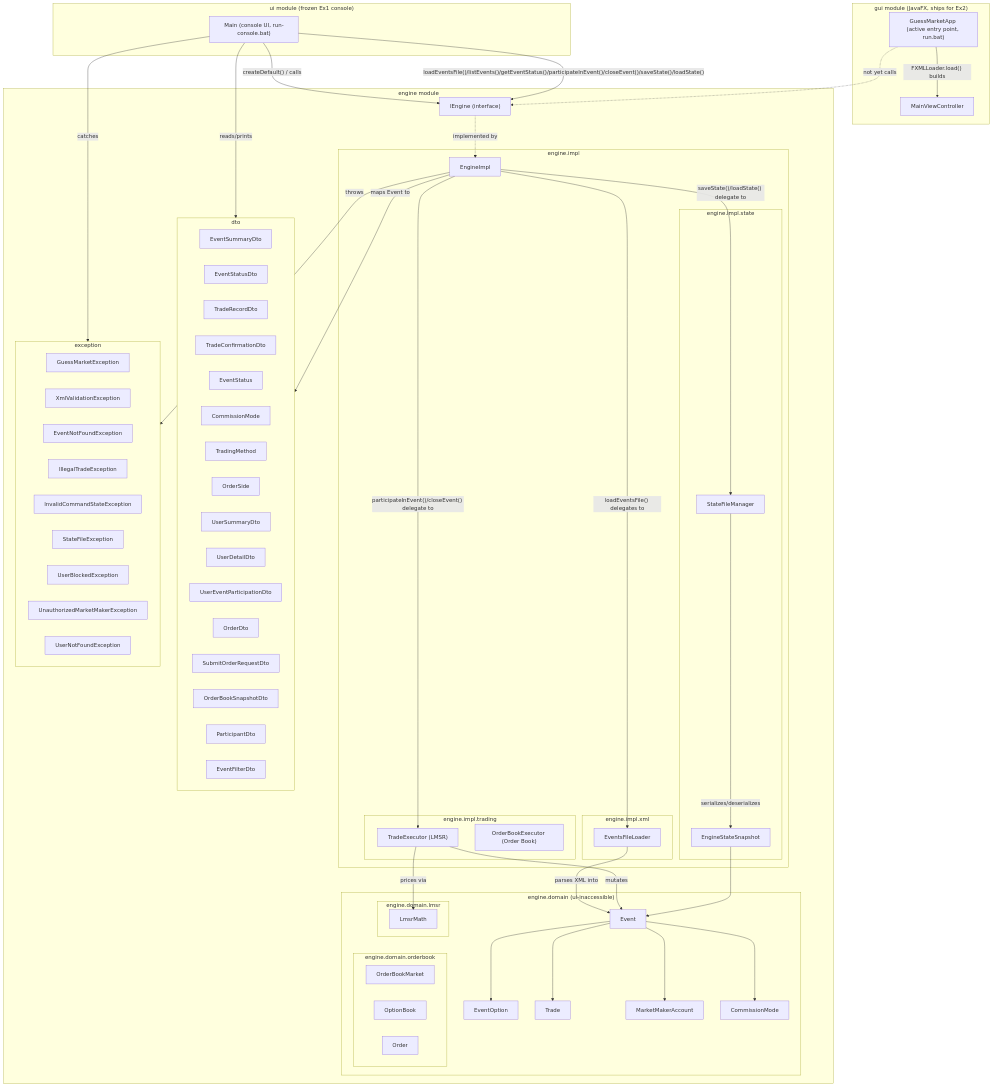
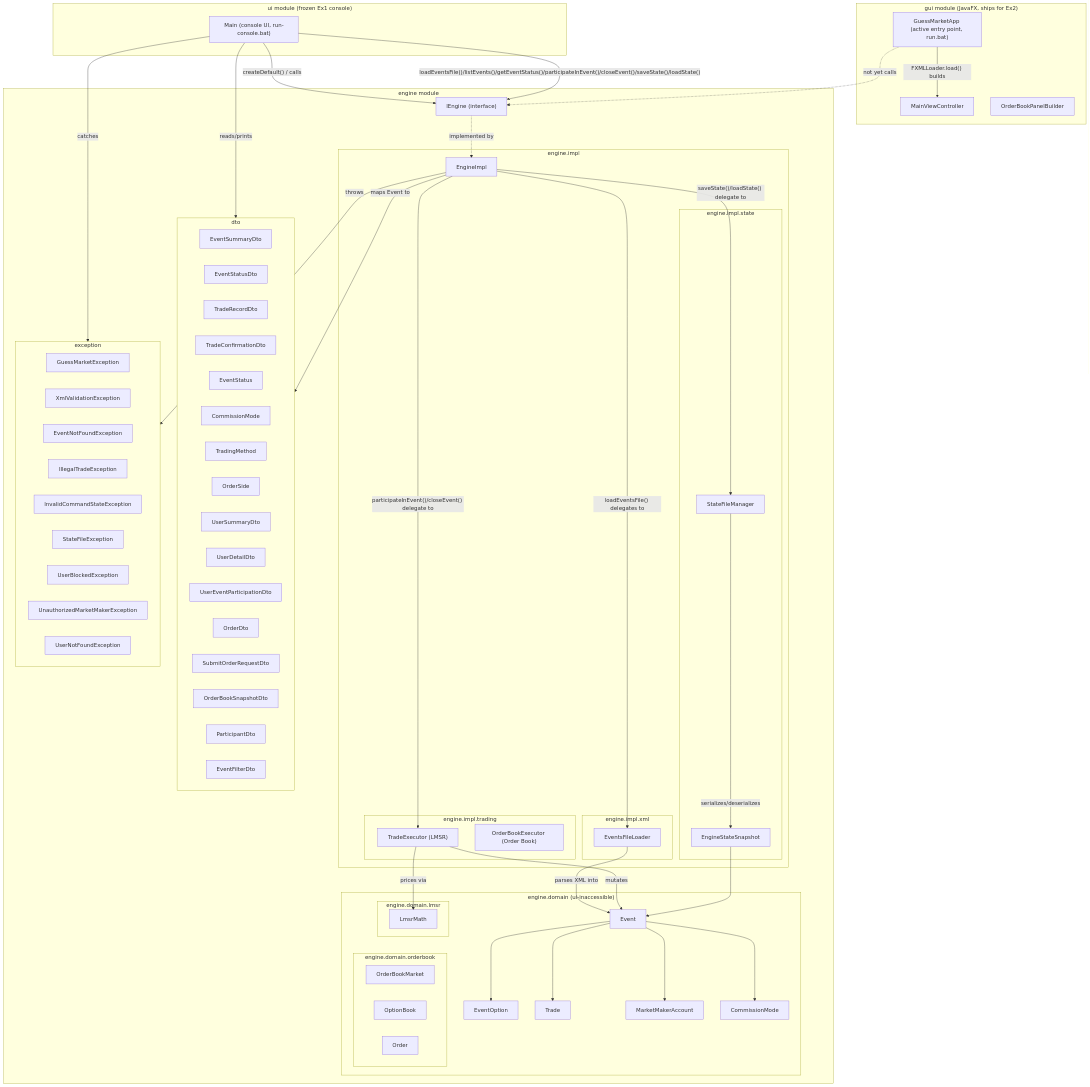
One commit to paz-levi/GuessMarket changed the diagram in ARCHITECTURE.md. Above: the diagram before and after it, drawn with Mermaid. The commit also changed other lines of this file and 5 other files, not shown here.

Commit message:
Add Order Book order-submission UI (OrderBookPanelBuilder); fix OB tradingMethod mislabeled as LMSR in Users tab, add self-trade conservation test, hide LMSR-only price for OB events

```diff
--- a/ARCHITECTURE.md
+++ b/ARCHITECTURE.md
@@ -12,6 +12,7 @@
     subgraph GUI["gui module (JavaFX, ships for Ex2)"]
         GuessMarketApp["GuessMarketApp (active entry point, run.bat)"]
         MainViewController["MainViewController"]
+        OrderBookPanelBuilder["OrderBookPanelBuilder"]
     end
 
     subgraph ENGINE["engine module"]
```
